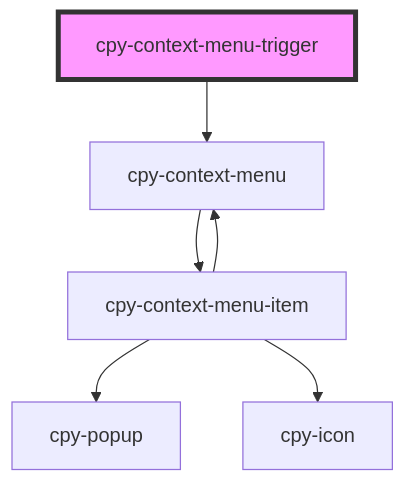
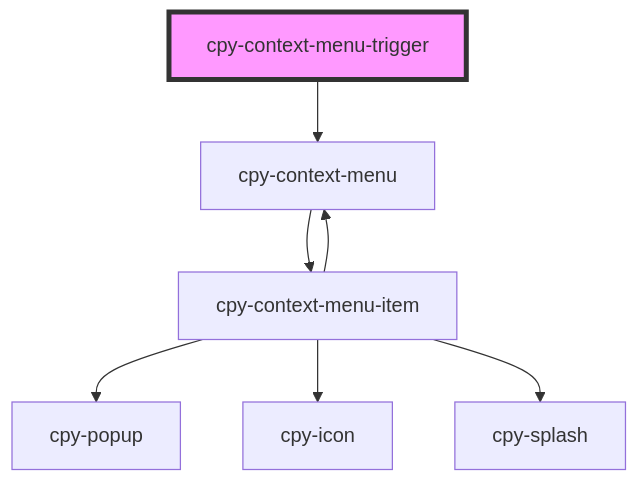
One commit to Lith1um/Canopy-Stencil changed the diagram in stencil-lib/src/components/context-menu-trigger/readme.md. Above: the diagram before and after it, drawn with Mermaid. The commit also changed 152 other files, not shown here.

````diff
--- a/stencil-lib/src/components/context-menu-trigger/readme.md
+++ b/stencil-lib/src/components/context-menu-trigger/readme.md
@@ -22,9 +22,10 @@
 ```mermaid
 graph TD;
   cpy-context-menu-trigger --> cpy-context-menu
   cpy-context-menu --> cpy-context-menu-item
   cpy-context-menu-item --> cpy-popup
   cpy-context-menu-item --> cpy-icon
   cpy-context-menu-item --> cpy-context-menu
+  cpy-context-menu-item --> cpy-splash
   style cpy-context-menu-trigger fill:#f9f,stroke:#333,stroke-width:4px
 ```
````
